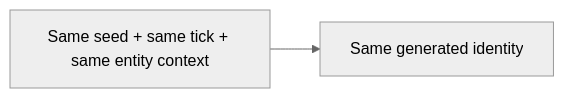
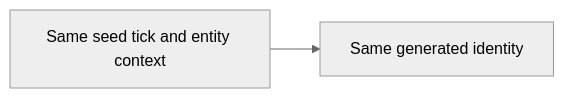
Before and after one commit to brunolnetto/mro-job-as-code: the sixth of 21 diagrams in README.md, drawn with Mermaid (neutral theme). The commit also changed other lines of this file, not shown here.

Commit message:
docs: simplify Mermaid diagrams and collapse README sections

````diff
--- a/README.md
+++ b/README.md
@@ -327,7 +296,4 @@
 ```mermaid
-flowchart LR
-    I["Same seed + same tick + same entity context"]
-    O["Same generated identity"]
-
-    I --> O
+graph LR
+    I[Same seed tick and entity context] --> O[Same generated identity]
 ```
````
